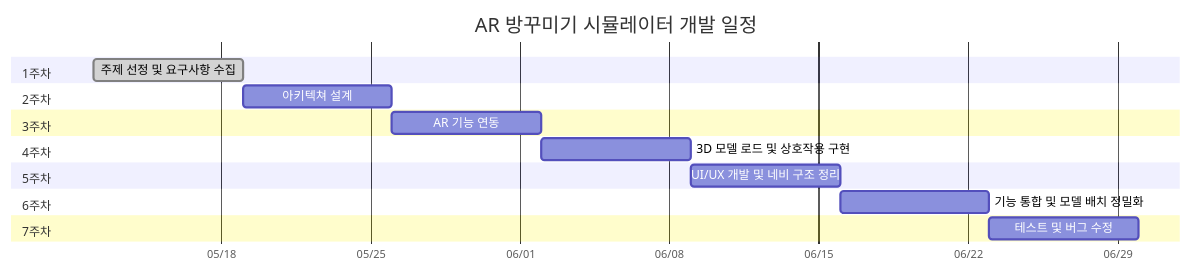
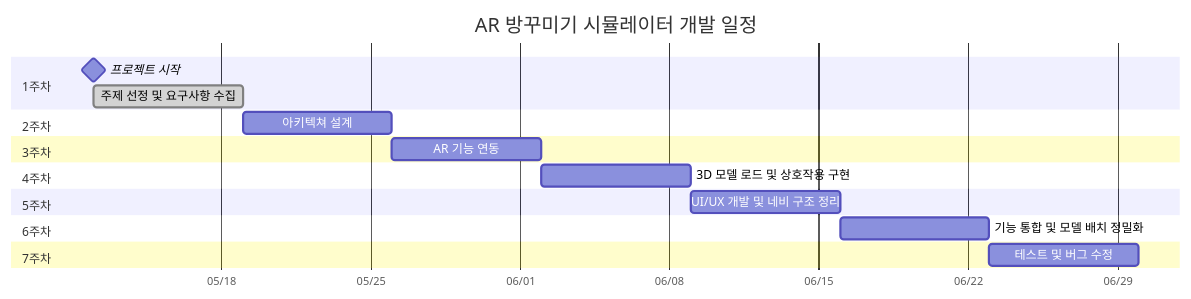
One commit to YOUHEETAE/flutter changed the diagram in 프로젝트 계획서V1.1.md. Above: the diagram before and after it, drawn with Mermaid.

Commit message:
Update 프로젝트 계획서V1.1.md

````diff
--- a/프로젝트 계획서V1.1.md
+++ b/프로젝트 계획서V1.1.md
@@ -31,20 +31,21 @@
 ```mermaid
 gantt
     title AR 방꾸미기 시뮬레이터 개발 일정
     dateFormat  YYYY-MM-DD
     axisFormat  %m/%d
     section 1주차
+    프로젝트 시작            :milestone, 2025-05-12, 0d
     주제 선정 및 요구사항 수집          :done, a1, 2025-05-12, 7d
     section 2주차
-    아키텍쳐 설계 :a2, after a1, 7d 
+    아키텍쳐 설계 :a2, after a1, 7d
     section 3주차
     AR 기능 연동                    :a3, after a2, 7d
     section 4주차
     3D 모델 로드 및 상호작용 구현       :a4, after a3, 7d
     section 5주차
     UI/UX 개발 및 네비 구조 정리   :a5, after a4, 7d
     section 6주차
     기능 통합 및 모델 배치 정밀화       :a6, after a5, 7d
     section 7주차
     테스트 및 버그 수정               :a7, after a6, 7d
 ```
````
